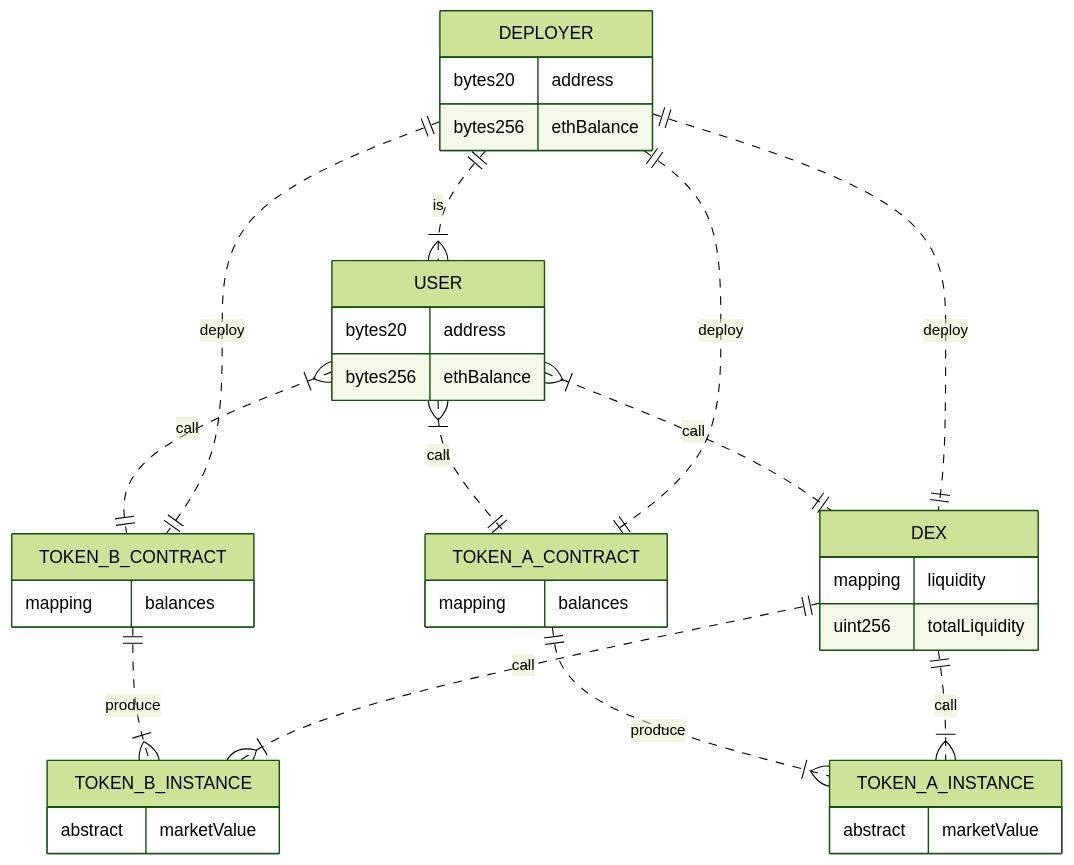
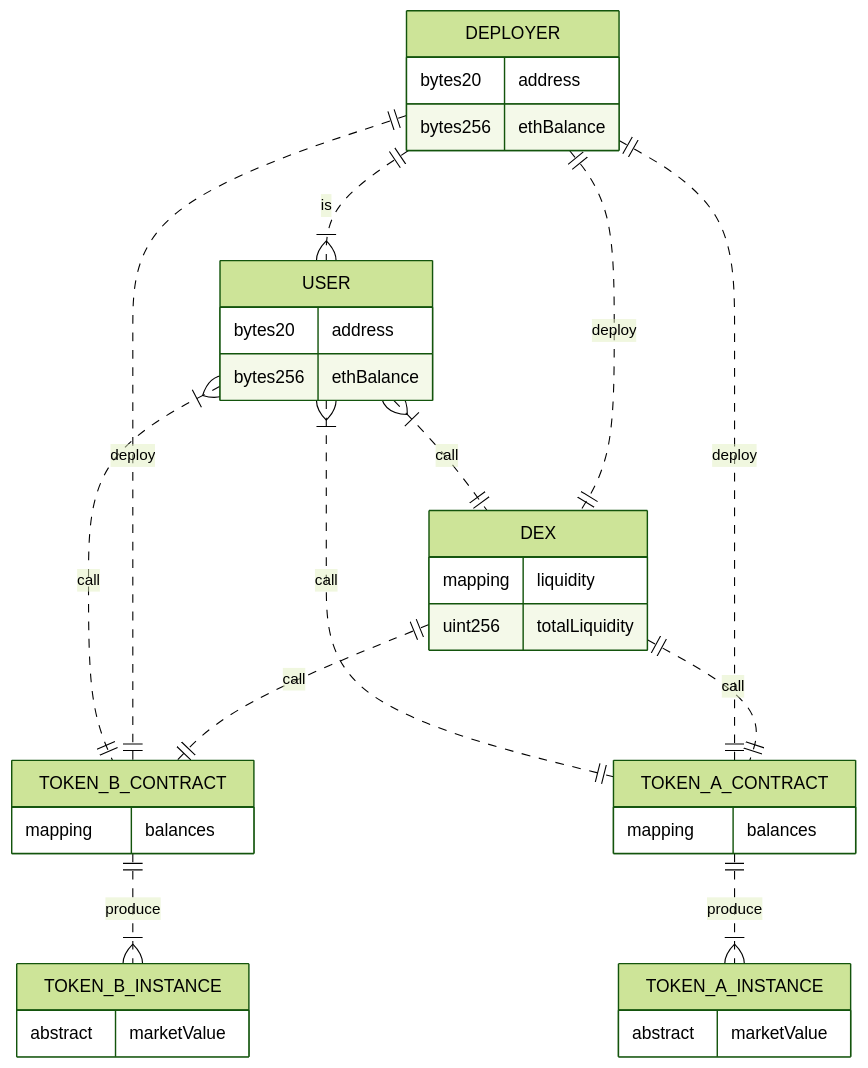
The diagram in diagrams/ERD.md (vasemkin/dex), drawn with Mermaid (forest theme) before and after one commit.

````diff
--- a/diagrams/ERD.md
+++ b/diagrams/ERD.md
@@ -1,49 +1,49 @@
 ```mermaid
 erDiagram
     USER }|..|| TOKEN_A_CONTRACT : call
     USER }|..|| TOKEN_B_CONTRACT : call
     USER }|..|| DEX : call
 
     USER {
         bytes20 address
         bytes256 ethBalance
     }
 
     TOKEN_A_CONTRACT {
         mapping balances
     }
 
     TOKEN_B_CONTRACT {
         mapping balances
     }
 
     TOKEN_A_CONTRACT ||..|{ TOKEN_A_INSTANCE: produce
     TOKEN_B_CONTRACT ||..|{ TOKEN_B_INSTANCE: produce
 
     TOKEN_A_INSTANCE {
         abstract marketValue
     }
 
     TOKEN_B_INSTANCE {
         abstract marketValue
     }
 
     DEPLOYER ||..|| TOKEN_B_CONTRACT: deploy
     DEPLOYER ||..|| TOKEN_A_CONTRACT: deploy
     DEPLOYER ||..|| DEX: deploy
 
     DEPLOYER {
         bytes20 address
         bytes256 ethBalance
     }
 
     DEPLOYER ||..|{ USER: is
 
-    DEX ||..|{ TOKEN_B_INSTANCE: call
-    DEX ||..|{ TOKEN_A_INSTANCE: call
+    DEX ||..|| TOKEN_B_CONTRACT: call
+    DEX ||..|| TOKEN_A_CONTRACT: call
 
     DEX {
         mapping liquidity
         uint256 totalLiquidity
     }
 ```
````
